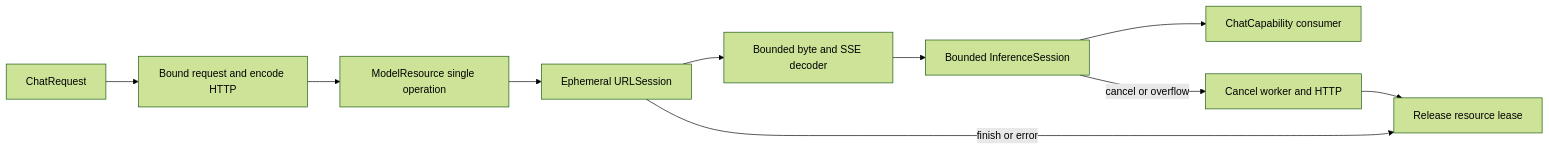
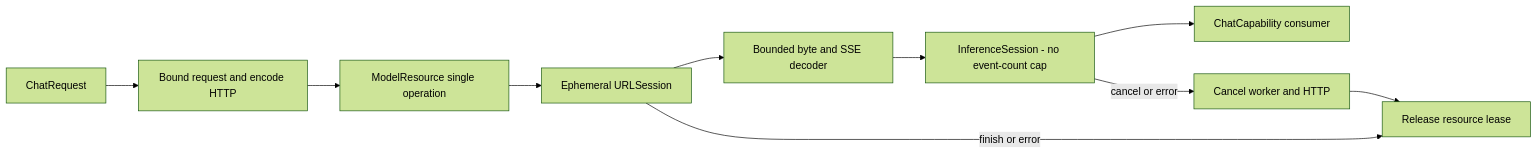
Before and after one commit to devilyouwei/MobileHarness: the diagram in MobileHarness/ModelKit/Language/LLM/OpenAI/README.md, drawn with Mermaid (forest theme). The commit also changed other lines of this file and 109 other files, not shown here.

````diff
--- a/MobileHarness/ModelKit/Language/LLM/OpenAI/README.md
+++ b/MobileHarness/ModelKit/Language/LLM/OpenAI/README.md
@@ -21,12 +21,12 @@
 ```mermaid
 flowchart LR
     Request[ChatRequest] --> Validate[Bound request and encode HTTP]
     Validate --> Lease[ModelResource single operation]
     Lease --> Network[Ephemeral URLSession]
     Network --> Frame[Bounded byte and SSE decoder]
-    Frame --> Events[Bounded InferenceSession]
+    Frame --> Events[InferenceSession - no event-count cap]
     Events --> Consumer[ChatCapability consumer]
-    Events -->|cancel or overflow| Cancel[Cancel worker and HTTP]
+    Events -->|cancel or error| Cancel[Cancel worker and HTTP]
     Cancel --> Release[Release resource lease]
     Network -->|finish or error| Release
 ```
````
